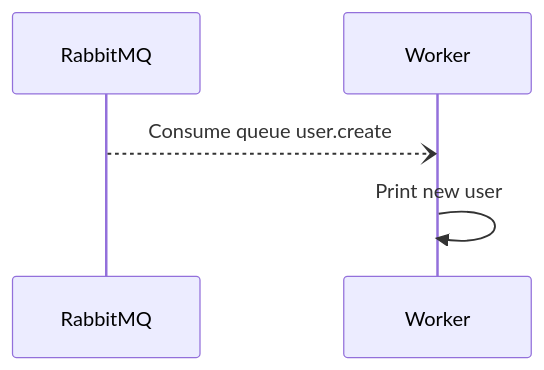
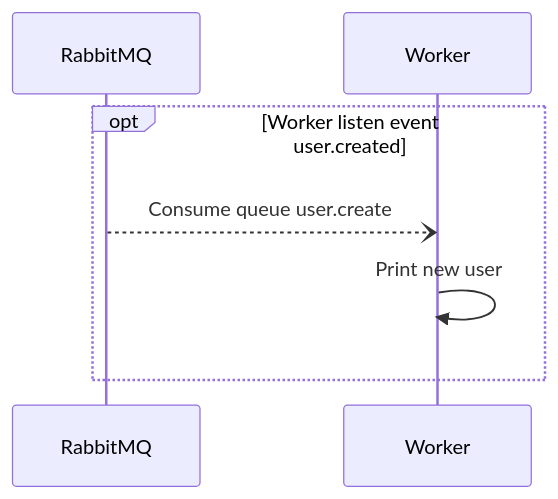
The diagram in test/resources/result/Worker listen event user.created.md (doanthuanthanh88/yas-sequence-diagram), drawn with Mermaid before and after one commit. The commit also changed 14 other files, not shown here.

````diff
--- a/test/resources/result/Worker listen event user.created.md
+++ b/test/resources/result/Worker listen event user.created.md
@@ -2,7 +2,9 @@
 ```mermaid
 sequenceDiagram
 
-%% [] Worker listen event user.created
+%% []
+OPT Worker listen event user.created
 RabbitMQ --) Worker: Consume queue user.create
 Worker ->> Worker: Print new user
+END
 ```
````
